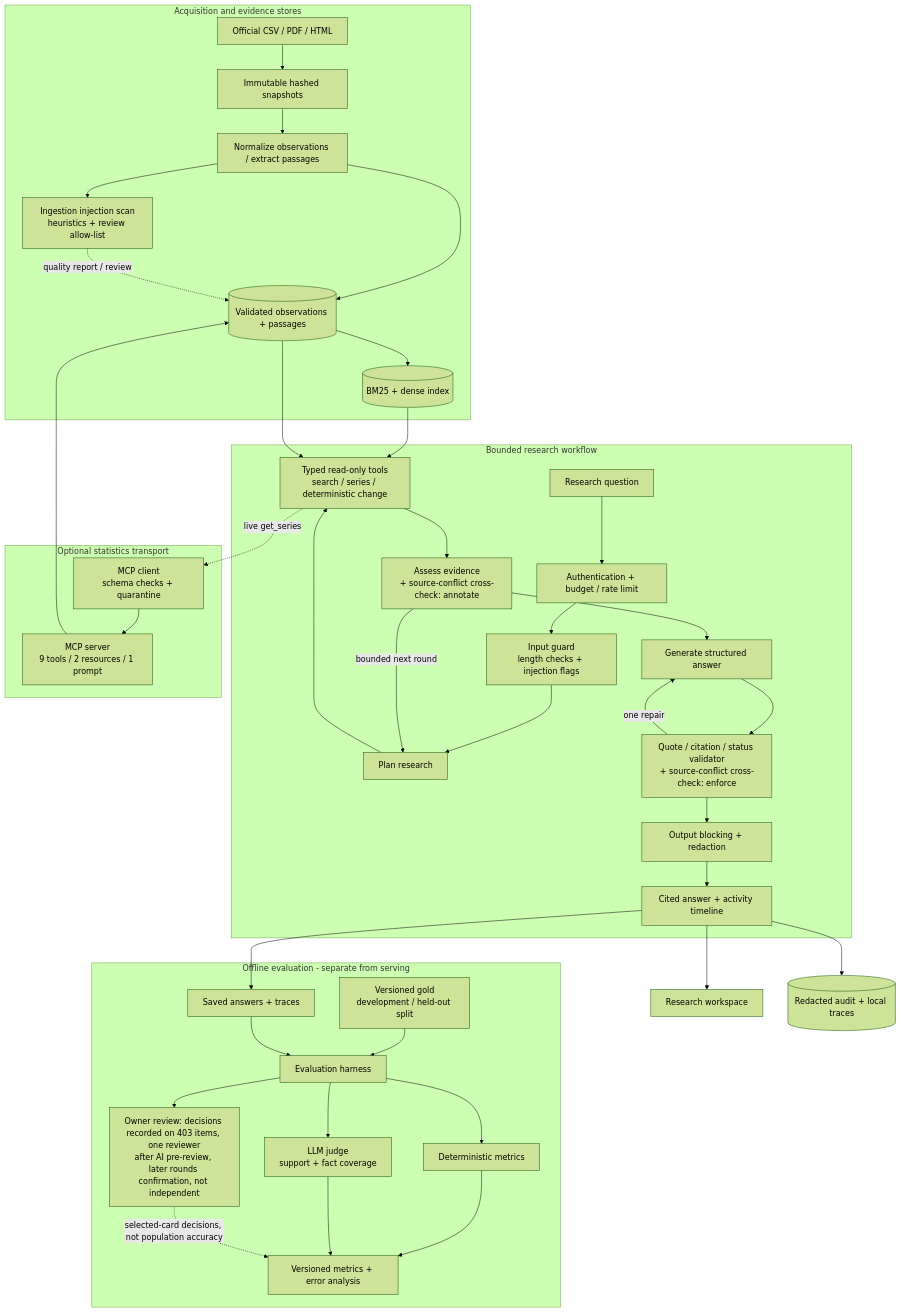
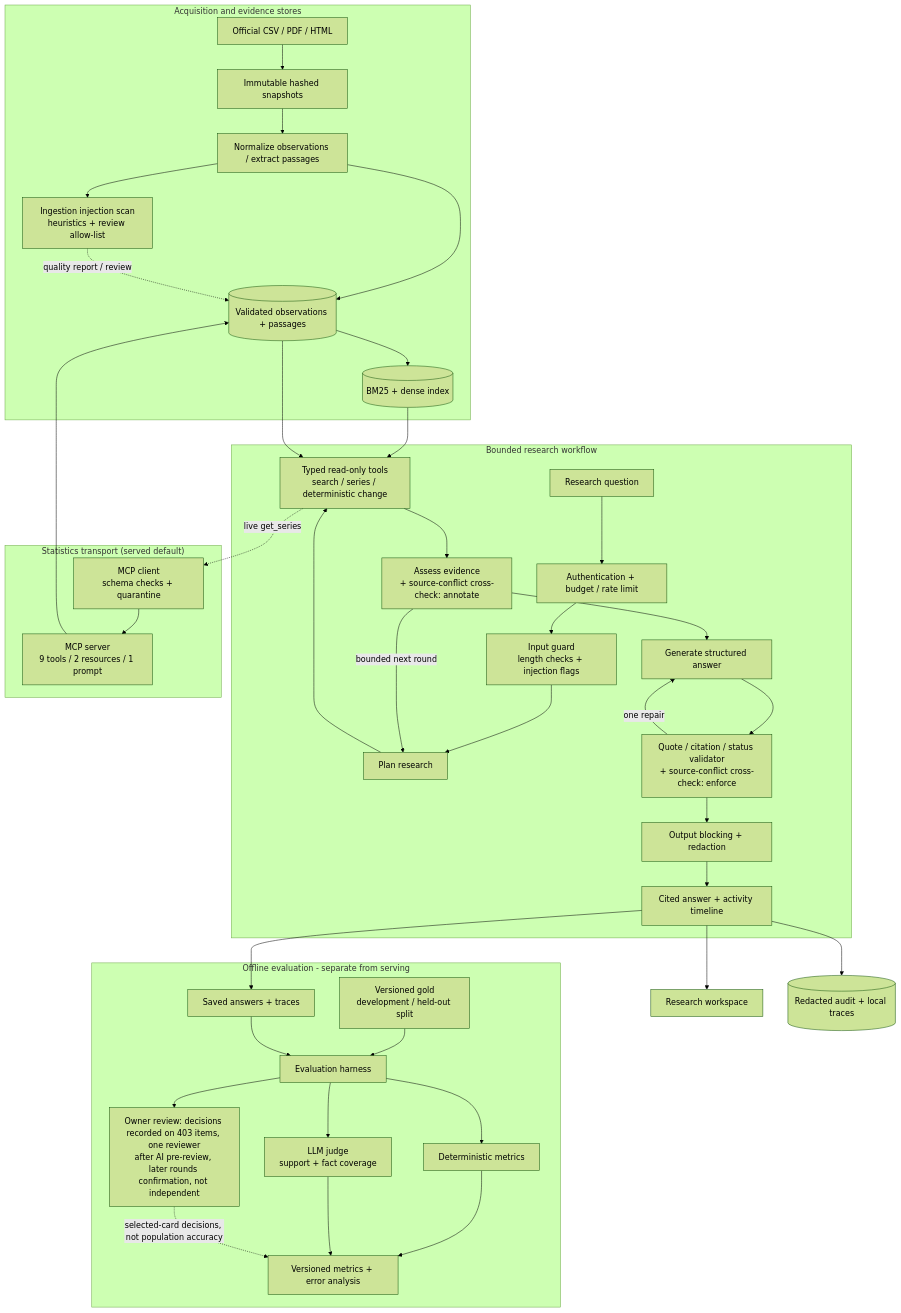
Before and after one commit to mihirkhandekar/labourlens: the diagram in docs/architecture.md, drawn with Mermaid (forest theme). The commit also changed other lines of this file and 39 other files, not shown here.

Commit message:
Deck reordered to flow stages; audit fixes (MCP per-session calls, capability gating, outputSchema, prompt, drift test); wording fixes

````diff
--- a/docs/architecture.md
+++ b/docs/architecture.md
@@ -34,46 +34,46 @@
 ```mermaid
 flowchart TB
   subgraph Data["Acquisition and evidence stores"]
     SOURCE[Official CSV / PDF / HTML] --> SNAP[Immutable hashed snapshots]
     SNAP --> PARSE[Normalize observations / extract passages]
     PARSE --> SCAN[Ingestion injection scan<br/>heuristics + review allow-list]
     PARSE --> STORE[(Validated observations + passages)]
     STORE --> INDEX[(BM25 + dense index)]
     SCAN -. quality report / review .-> STORE
   end
   subgraph Runtime["Bounded research workflow"]
     USER[Research question] --> ADMIT[Authentication + budget / rate limit]
     ADMIT --> INPUT[Input guard<br/>length checks + injection flags]
     INPUT --> PLAN[Plan research]
     PLAN --> TOOLS[Typed read-only tools<br/>search / series / deterministic change]
     TOOLS --> ASSESS[Assess evidence<br/>+ source-conflict cross-check: annotate]
     ASSESS -->|bounded next round| PLAN
     ASSESS --> ANSWER[Generate structured answer]
     ANSWER --> VALID[Quote / citation / status validator<br/>+ source-conflict cross-check: enforce]
     VALID -->|one repair| ANSWER
     VALID --> REDACT[Output blocking + redaction]
     REDACT --> OUT[Cited answer + activity timeline]
   end
-  subgraph MCP["Optional statistics transport"]
+  subgraph MCP["Statistics transport (served default)"]
     CLIENT[MCP client<br/>schema checks + quarantine]
     SERVER[MCP server<br/>9 tools / 2 resources / 1 prompt]
     CLIENT --> SERVER
   end
   subgraph Evaluation["Offline evaluation - separate from serving"]
     GOLD[Versioned gold<br/>development / held-out split] --> HARNESS[Evaluation harness]
     RUNS[Saved answers + traces] --> HARNESS
     HARNESS --> DETER[Deterministic metrics]
     HARNESS --> JUDGE[LLM judge<br/>support + fact coverage]
     HARNESS --> HUMAN[Owner review: decisions recorded on 403 items, one reviewer<br/>after AI pre-review, later rounds confirmation, not independent]
     DETER --> REPORT[Versioned metrics + error analysis]
     JUDGE --> REPORT
     HUMAN -. selected-card decisions, not population accuracy .-> REPORT
   end
   INDEX --> TOOLS
   STORE --> TOOLS
   TOOLS -. live get_series .-> CLIENT
   SERVER --> STORE
   OUT --> RUNS
   OUT --> WEB[Research workspace]
   OUT --> AUDIT[(Redacted audit + local traces)]
 ```
````
